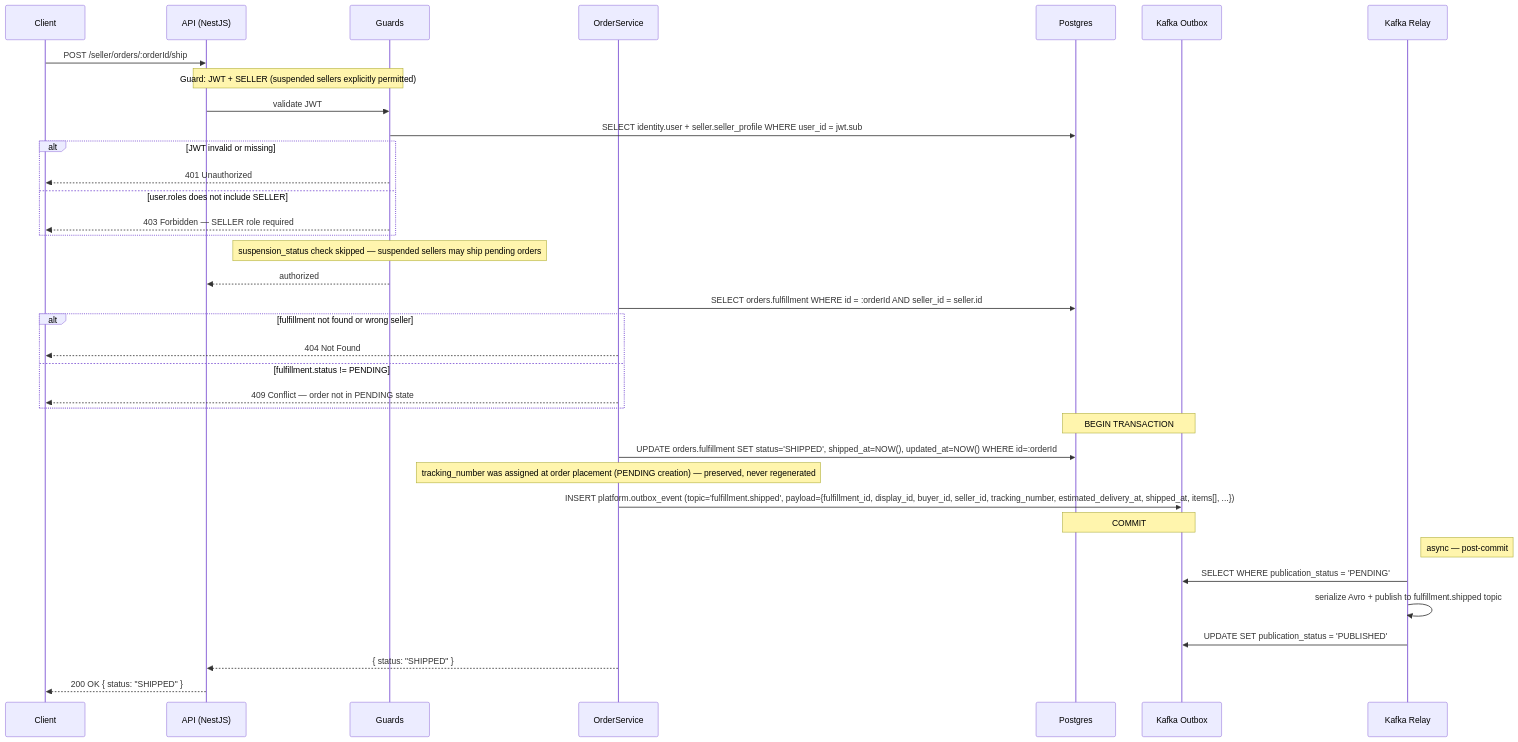
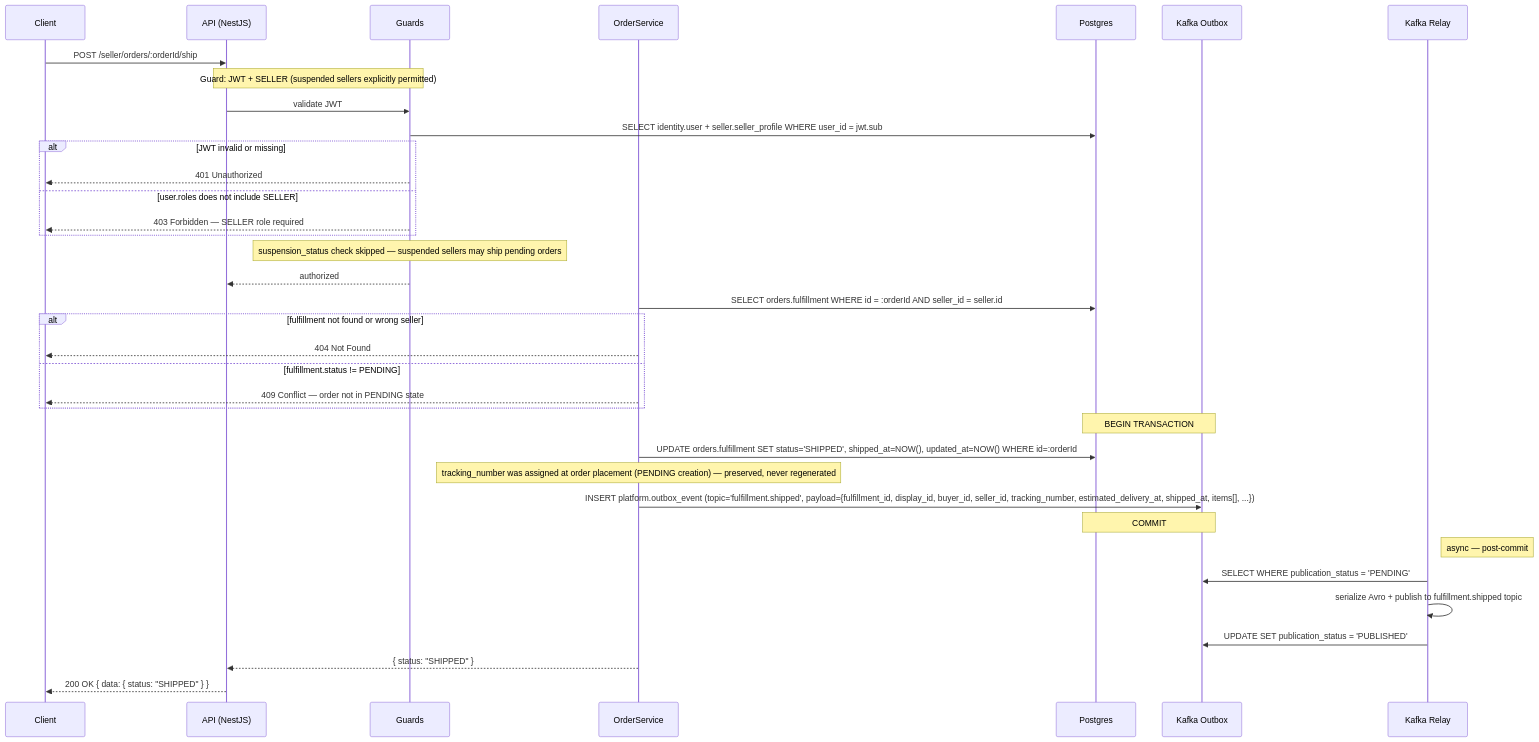
Before and after one commit to alisa-uthi/aliceut-ecom-document: diagram 15 of 21 in phase-1/technical-design/api-design/seller.md, drawn with Mermaid. The commit also changed other lines of this file and 22 other files, not shown here.

````diff
--- a/phase-1/technical-design/api-design/seller.md
+++ b/phase-1/technical-design/api-design/seller.md
@@ -1008,43 +1020,43 @@
 ```mermaid
 sequenceDiagram
     participant C as Client
     participant A as API (NestJS)
     participant G as Guards
     participant OrdS as OrderService
     participant P as Postgres
     participant KO as Kafka Outbox
     participant KR as Kafka Relay
 
     C->>A: POST /seller/orders/:orderId/ship
     Note over A,G: Guard: JWT + SELLER (suspended sellers explicitly permitted)
     A->>G: validate JWT
     G->>P: SELECT identity.user + seller.seller_profile WHERE user_id = jwt.sub
     alt JWT invalid or missing
         G-->>C: 401 Unauthorized
     else user.roles does not include SELLER
         G-->>C: 403 Forbidden — SELLER role required
     end
     Note over G: suspension_status check skipped — suspended sellers may ship pending orders
     G-->>A: authorized
 
     OrdS->>P: SELECT orders.fulfillment WHERE id = :orderId AND seller_id = seller.id
     alt fulfillment not found or wrong seller
         OrdS-->>C: 404 Not Found
     else fulfillment.status != PENDING
         OrdS-->>C: 409 Conflict — order not in PENDING state
     end
 
     Note over P,KO: BEGIN TRANSACTION
     OrdS->>P: UPDATE orders.fulfillment SET status='SHIPPED', shipped_at=NOW(), updated_at=NOW() WHERE id=:orderId
     Note over OrdS: tracking_number was assigned at order placement (PENDING creation) — preserved, never regenerated
     OrdS->>KO: INSERT platform.outbox_event (topic='fulfillment.shipped', payload={fulfillment_id, display_id, buyer_id, seller_id, tracking_number, estimated_delivery_at, shipped_at, items[], ...})
     Note over P,KO: COMMIT
 
     Note right of KR: async — post-commit
     KR->>KO: SELECT WHERE publication_status = 'PENDING'
     KR->>KR: serialize Avro + publish to fulfillment.shipped topic
     KR->>KO: UPDATE SET publication_status = 'PUBLISHED'
 
     OrdS-->>A: { status: "SHIPPED" }
-    A-->>C: 200 OK { status: "SHIPPED" }
+    A-->>C: 200 OK { data: { status: "SHIPPED" } }
 ```
````
